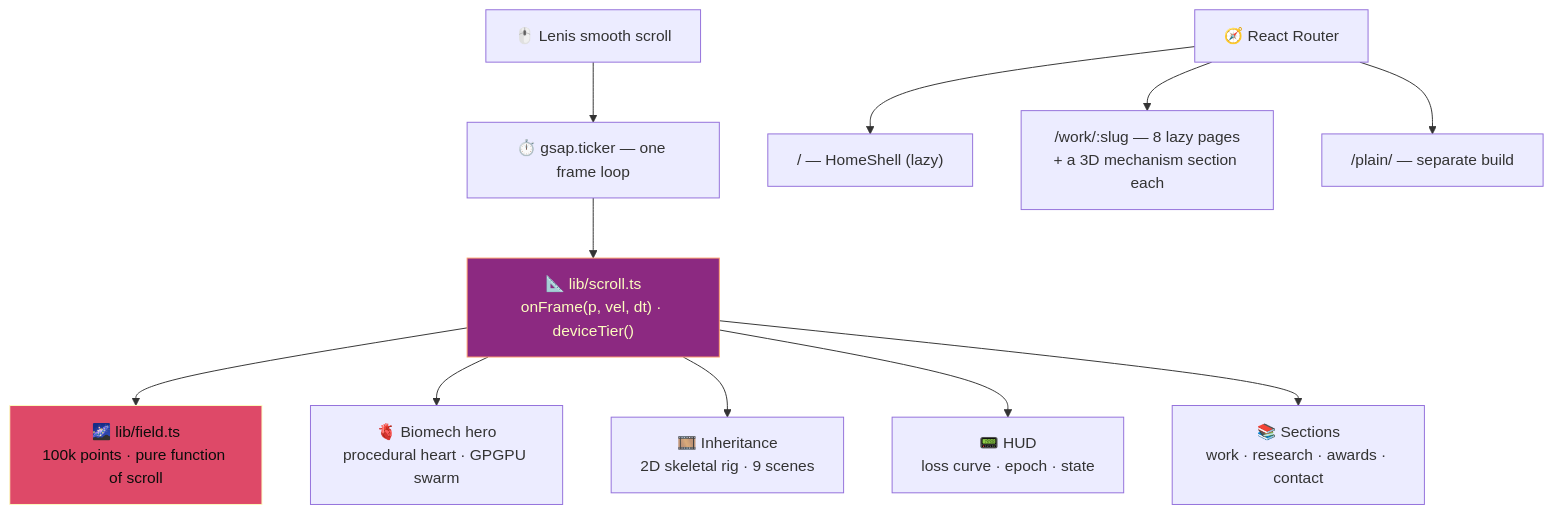
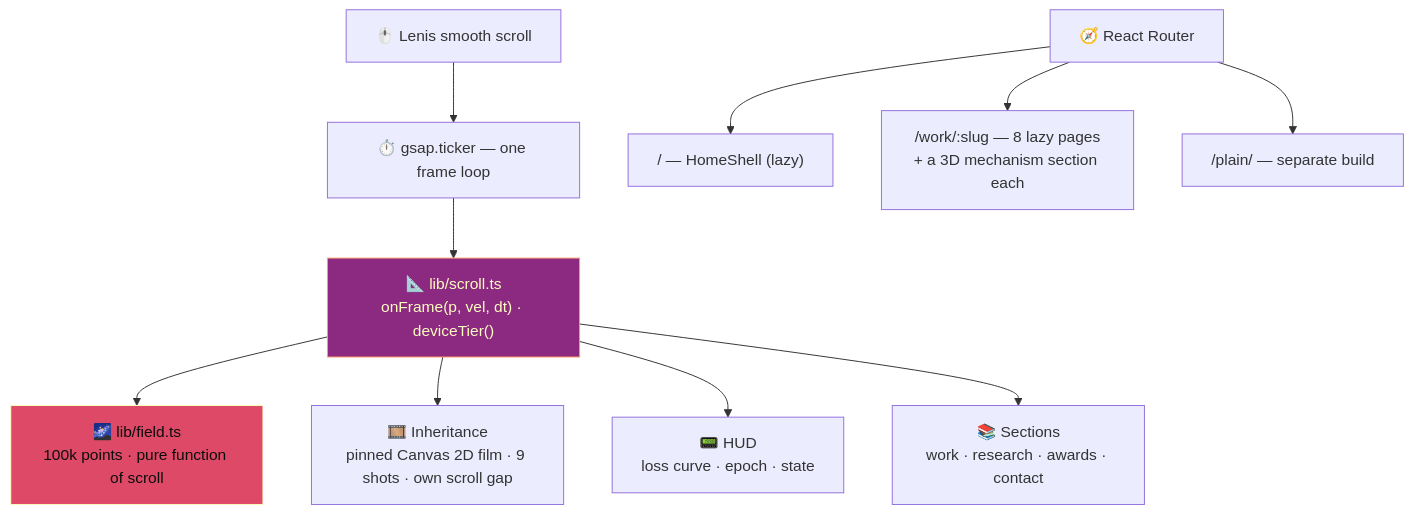
Before and after one commit to Vishal-AS-0407/portfolio: the diagram in README.md, drawn with Mermaid. The commit also changed other lines of this file and 32 other files, not shown here.

First line of the commit message:
feat(film): Inheritance — a nine-shot scroll film replaces the heart hero and the story band

````diff
--- a/README.md
+++ b/README.md
@@ -91,15 +94,14 @@
 ```mermaid
 flowchart TD
     SCROLL["🖱️ Lenis smooth scroll"] --> TICK["⏱️ gsap.ticker — one frame loop"]
     TICK --> SPINE["📐 lib/scroll.ts<br/>onFrame(p, vel, dt) · deviceTier()"]
     SPINE --> FIELD["🌌 lib/field.ts<br/>100k points · pure function of scroll"]
-    SPINE --> HEART["🫀 Biomech hero<br/>procedural heart · GPGPU swarm"]
-    SPINE --> STORY["🎞️ Inheritance<br/>2D skeletal rig · 9 scenes"]
+    SPINE --> STORY["🎞️ Inheritance<br/>pinned Canvas 2D film · 9 shots · own scroll gap"]
     SPINE --> HUD["📟 HUD<br/>loss curve · epoch · state"]
     SPINE --> SECTIONS["📚 Sections<br/>work · research · awards · contact"]
     ROUTER["🧭 React Router"] --> HOME["/ — HomeShell (lazy)"]
     ROUTER --> WORK["/work/:slug — 8 lazy pages<br/>+ a 3D mechanism section each"]
     ROUTER --> PLAIN["/plain/ — separate build"]
     style SPINE fill:#8C2981,stroke:#FE9F6D,color:#FCFDBF
     style FIELD fill:#DE4968,stroke:#FCFDBF,color:#0C0D0B
 ```
````
